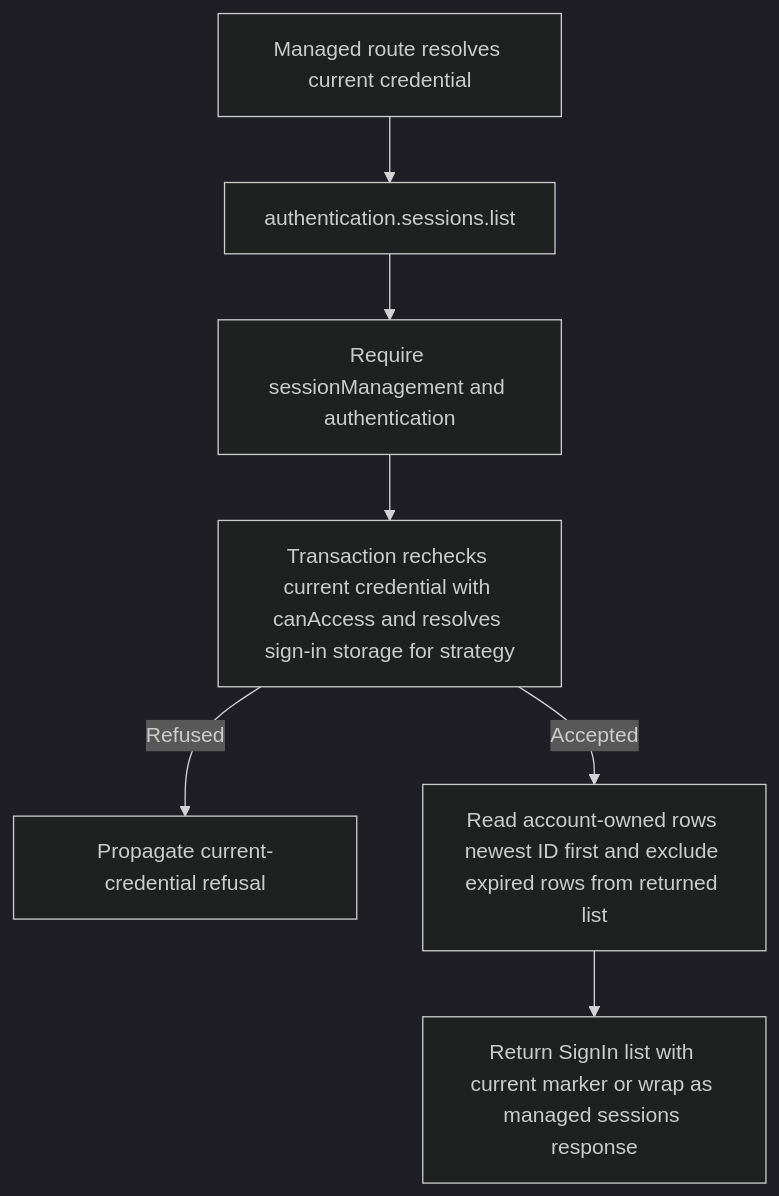
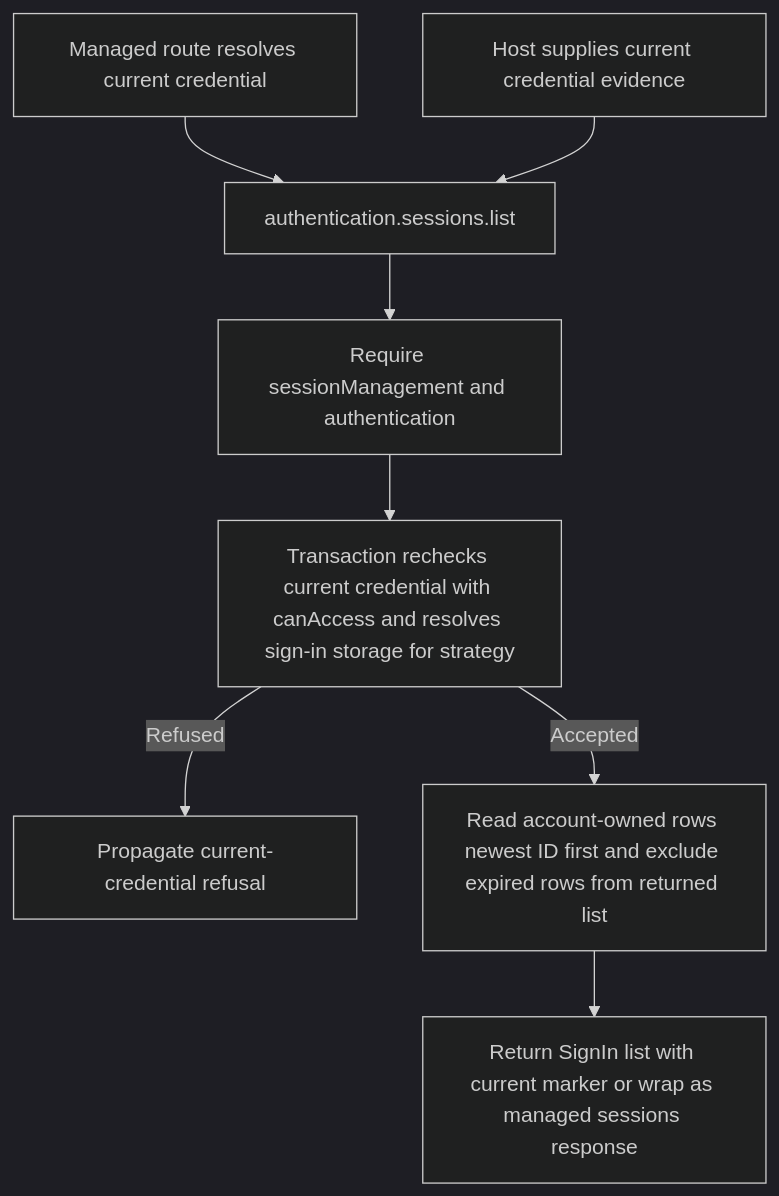
Before and after one commit to Kevinjohn/oss-adonisjs-account-kit: the second of 2 diagrams in user-stories/US-ACCOUNT-14-list-signed-in-devices.md, drawn with Mermaid (dark theme). The commit also changed 42 other files, not shown here.

````diff
--- a/user-stories/US-ACCOUNT-14-list-signed-in-devices.md
+++ b/user-stories/US-ACCOUNT-14-list-signed-in-devices.md
@@ -28,9 +28,10 @@
 ```mermaid
 flowchart TD
   M["Managed route resolves current credential"] --> A["authentication.sessions.list"]
+  H["Host supplies current credential evidence"] --> A
   A --> B["Require sessionManagement and authentication"]
   B --> C["Transaction rechecks current credential with canAccess and resolves sign-in storage for strategy"]
   C -->|Refused| X["Propagate current-credential refusal"]
   C -->|Accepted| D["Read account-owned rows newest ID first and exclude expired rows from returned list"]
   D --> E["Return SignIn list with current marker or wrap as managed sessions response"]
 ```
````
